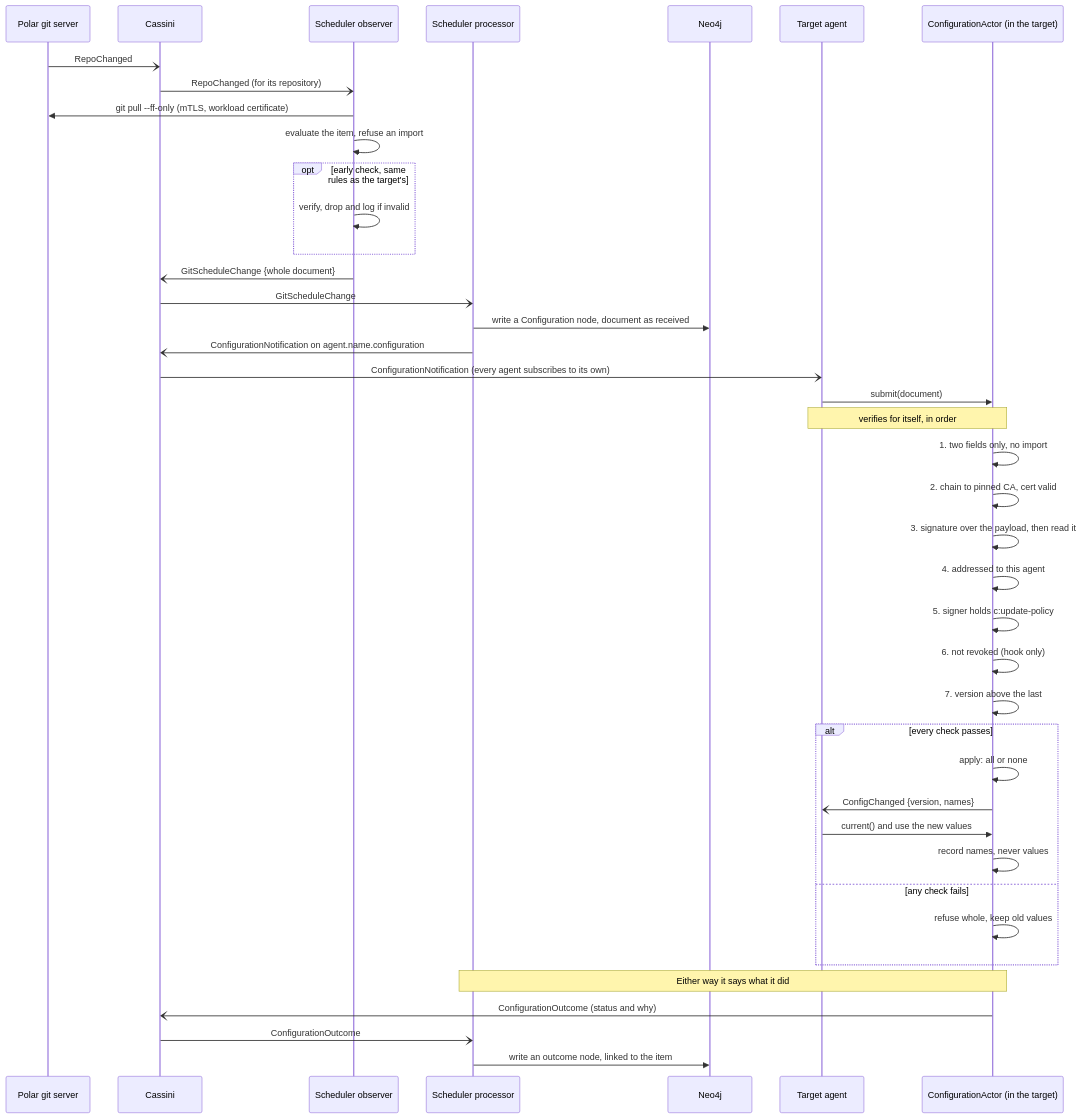
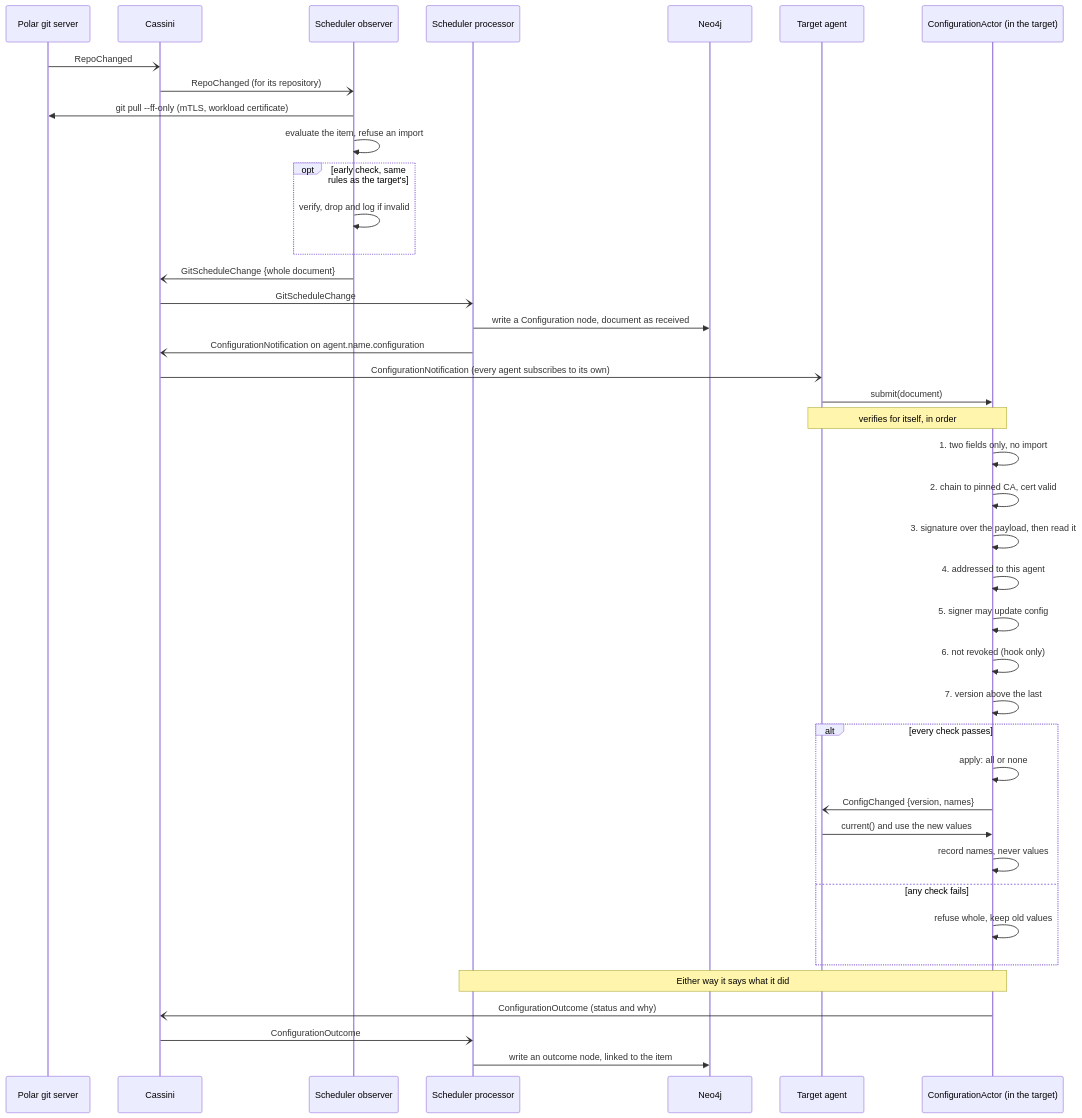
One commit to cmu-sei/Polar changed the diagram in docs/architecture/sequences/general/signed_configuration_delivery.mmd. Above: the diagram before and after it, drawn with Mermaid. The commit also changed 9 other files, not shown here.

```diff
--- a/docs/architecture/sequences/general/signed_configuration_delivery.mmd
+++ b/docs/architecture/sequences/general/signed_configuration_delivery.mmd
@@ -1,43 +1,43 @@
 sequenceDiagram
     participant Server as Polar git server
     participant Cassini
     participant Observer as Scheduler observer
     participant Processor as Scheduler processor
     participant Graph as Neo4j
     participant Target as Target agent
     participant CA as ConfigurationActor (in the target)
 
     Server-)Cassini: RepoChanged
     Cassini-)Observer: RepoChanged (for its repository)
     Observer->>Server: git pull --ff-only (mTLS, workload certificate)
     Observer->>Observer: evaluate the item, refuse an import
     opt early check, same rules as the target's
         Observer->>Observer: verify, drop and log if invalid
     end
     Observer-)Cassini: GitScheduleChange {whole document}
     Cassini-)Processor: GitScheduleChange
     Processor->>Graph: write a Configuration node, document as received
     Processor-)Cassini: ConfigurationNotification on agent.name.configuration
     Cassini-)Target: ConfigurationNotification (every agent subscribes to its own)
     Target->>CA: submit(document)
 
     Note over Target,CA: verifies for itself, in order
     CA->>CA: 1. two fields only, no import
     CA->>CA: 2. chain to pinned CA, cert valid
     CA->>CA: 3. signature over the payload, then read it
     CA->>CA: 4. addressed to this agent
-    CA->>CA: 5. signer holds c:update-policy
+    CA->>CA: 5. signer may update config
     CA->>CA: 6. not revoked (hook only)
     CA->>CA: 7. version above the last
     alt every check passes
         CA->>CA: apply: all or none
         CA-)Target: ConfigChanged {version, names}
         Target->>CA: current() and use the new values
         CA->>CA: record names, never values
     else any check fails
         CA->>CA: refuse whole, keep old values
     end
     Note over CA,Processor: Either way it says what it did
     CA-)Cassini: ConfigurationOutcome (status and why)
     Cassini-)Processor: ConfigurationOutcome
     Processor->>Graph: write an outcome node, linked to the item
```
